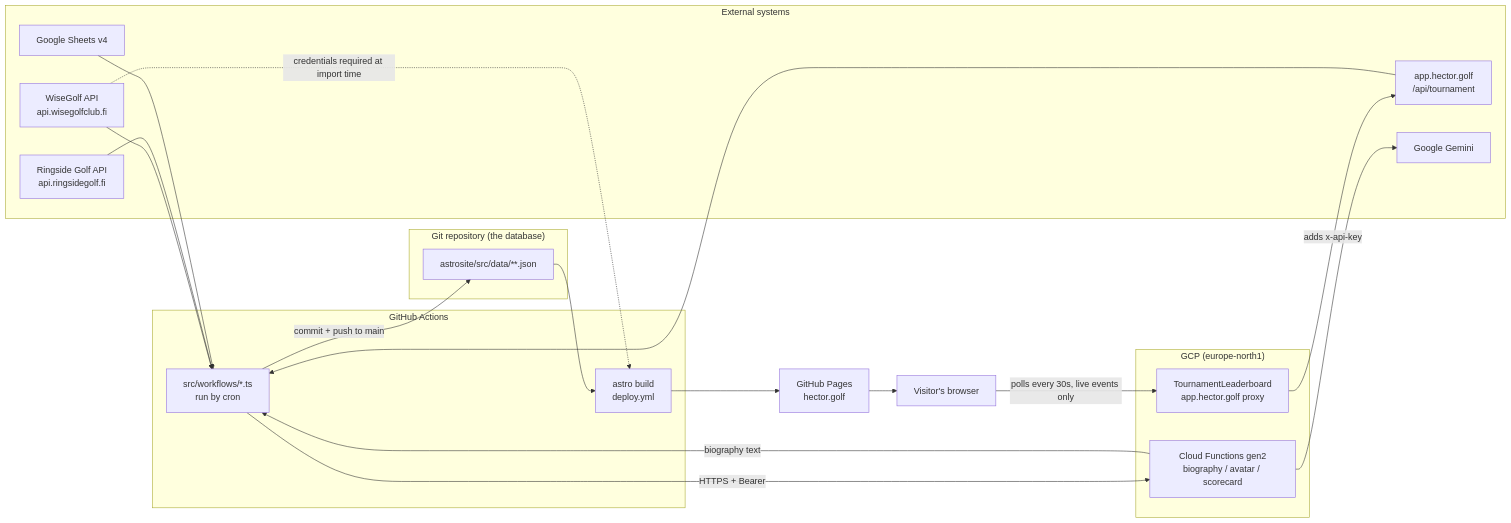
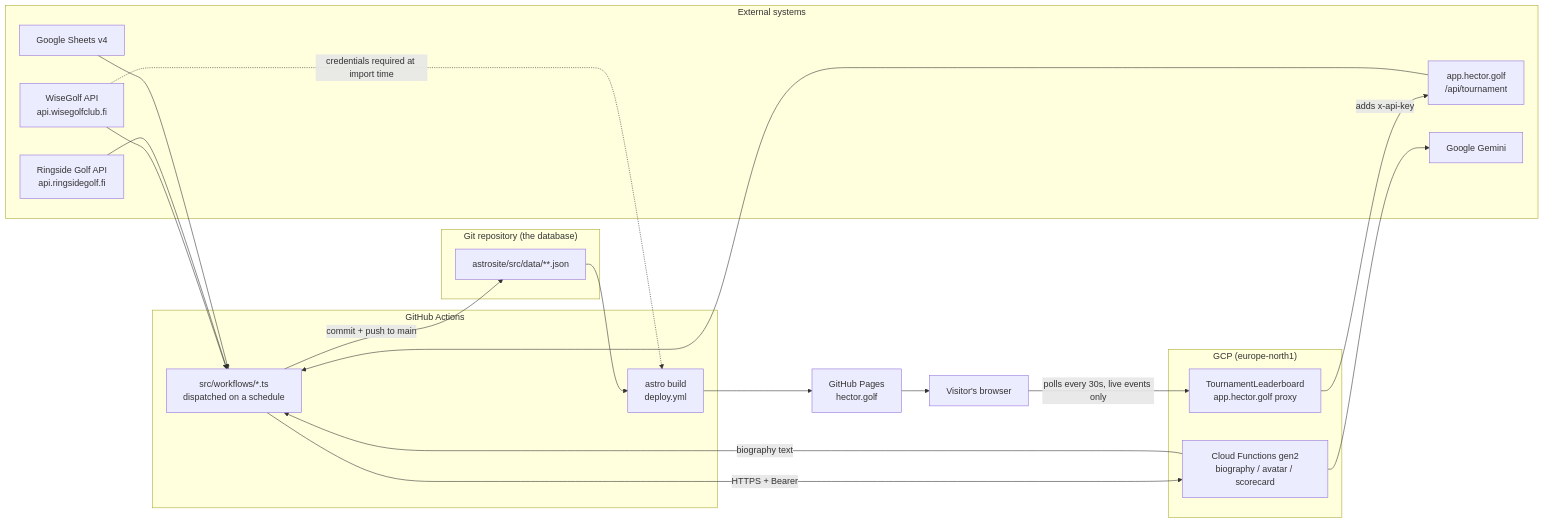
The first of 2 diagrams in docs/architecture.md (hectorgolf/hector.golf), drawn with Mermaid before and after one commit. The commit also changed other lines of this file and 22 other files, not shown here.

````diff
--- a/docs/architecture.md
+++ b/docs/architecture.md
@@ -29,42 +29,42 @@
 ```mermaid
 graph LR
     subgraph external["External systems"]
         WG["WiseGolf API<br/>api.wisegolfclub.fi"]
         RG["Ringside Golf API<br/>api.ringsidegolf.fi"]
         GS["Google Sheets v4"]
         APP["app.hector.golf<br/>/api/tournament"]
         GEM["Google Gemini"]
     end
 
     subgraph gcp["GCP (europe-north1)"]
         CF["Cloud Functions gen2<br/>biography / avatar / scorecard"]
         LBP["TournamentLeaderboard<br/>app.hector.golf proxy"]
     end
 
     subgraph gha["GitHub Actions"]
-        WF["src/workflows/*.ts<br/>run by cron"]
+        WF["src/workflows/*.ts<br/>dispatched on a schedule"]
         BUILD["astro build<br/>deploy.yml"]
     end
 
     subgraph repo["Git repository (the database)"]
         DATA["astrosite/src/data/**.json"]
     end
 
     PAGES["GitHub Pages<br/>hector.golf"]
     BROWSER["Visitor's browser"]
 
     WG --> WF
     RG --> WF
     GS --> WF
     APP --> WF
     WF -->|"commit + push to main"| DATA
     WF -->|"HTTPS + Bearer"| CF
     CF --> GEM
     CF -->|"biography text"| WF
     DATA --> BUILD
     WG -.->|"credentials required at import time"| BUILD
     BUILD --> PAGES
     PAGES --> BROWSER
     BROWSER -->|"polls every 30s, live events only"| LBP
     LBP -->|"adds x-api-key"| APP
 ```
````
